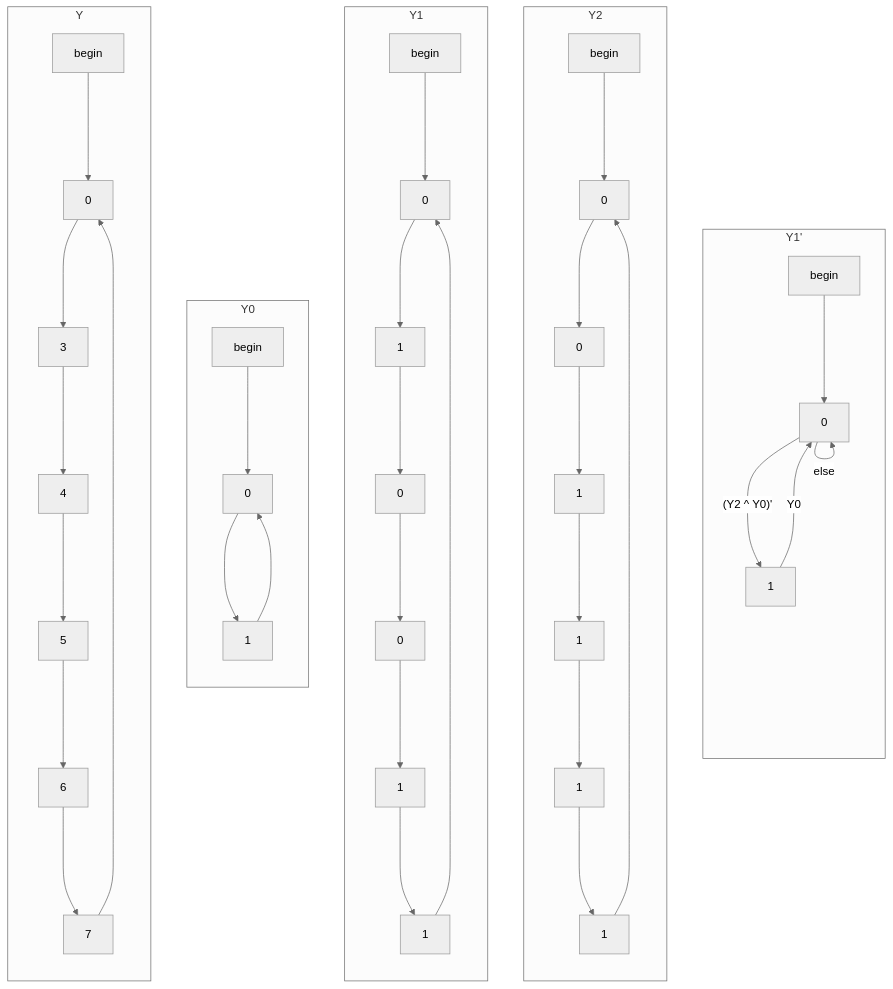
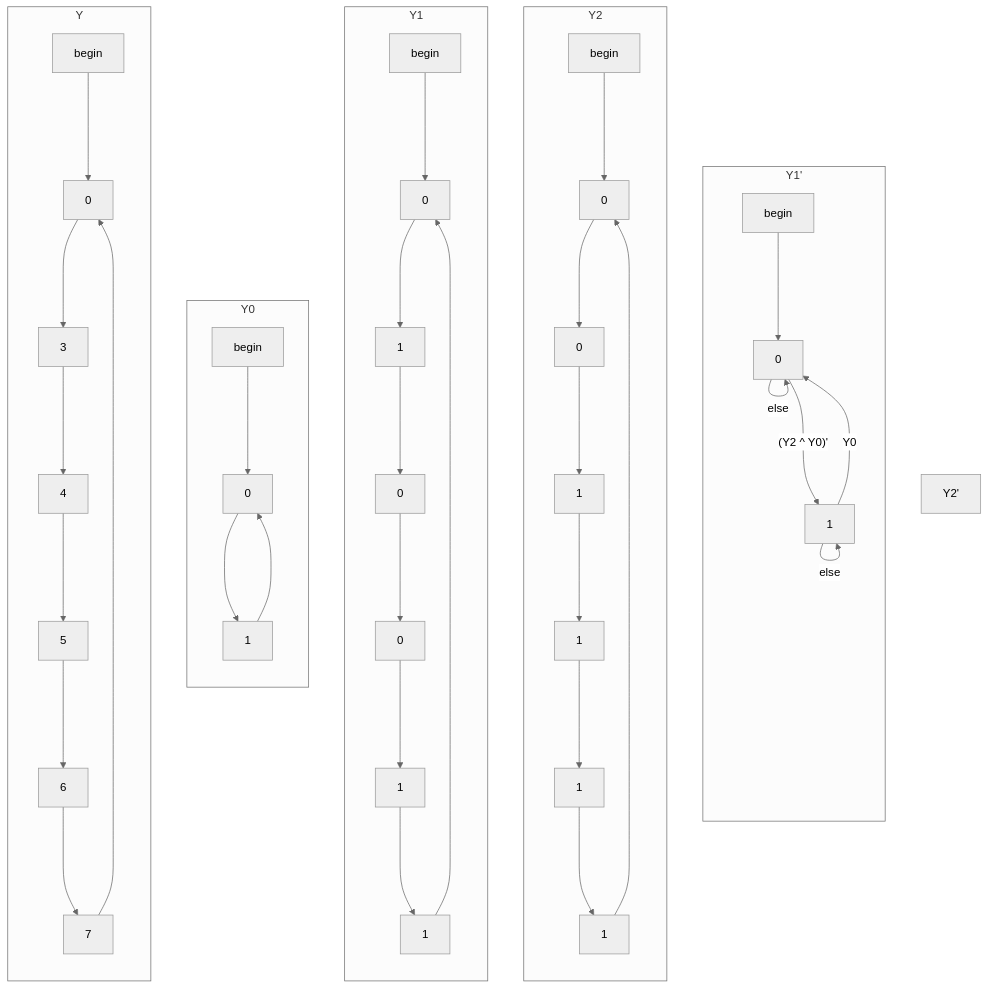
Before and after one commit to tnichols217/notes: the fourth of 5 diagrams in CSDS 281 - Logic Design/HW/8/Tables.md, drawn with Mermaid (neutral theme).

Commit message:
vault backup: 2024-04-03 23:54:54

````diff
--- a/CSDS 281 - Logic Design/HW/8/Tables.md
+++ b/CSDS 281 - Logic Design/HW/8/Tables.md
@@ -113,46 +113,47 @@
 ```mermaid
 flowchart LR
 subgraph Y
 	begin ---> 0
 	0 ---> 3
 	3 ---> 4
 	4 ---> 5
 	5 ---> 6
 	6 ---> 7
 	7 ---> 0
 end
 subgraph Y0
 	direction TB
 	begin0[begin] ---> 00[0]
 	00 ---> 01[1]
 	01 ---> 00
 end
 subgraph Y1
 	direction TB
 	begin1[begin] ---> 101[0]
 	101 ---> 111[1]
 	111 ---> 102[0]
 	102 ---> 103[0]
 	103 ---> 112[1]
 	112 ---> 113[1]
 	113 ---> 101
 end
 subgraph Y2
 	direction TB
 	begin2[begin] ---> 201[0]
 	201 ---> 202[0]
 	202 ---> 211[1]
 	211 ---> 212[1]
 	212 ---> 213[1]
 	213 ---> 214[1]
 	214 ---> 201
 end
 subgraph Y1'
 	direction TB
 	begin1'[begin] ---> 10[0]
 	10 --->|"(Y2 ^ Y0)'"| 11[1]
 	10 --->|else| 10
 	11 --->|Y0| 10
+	11 --->|else| 11
 end
-Y ~~~ Y0 ~~~ Y1 ~~~ Y2 ~~~ Y1'
+Y ~~~ Y0 ~~~ Y1 ~~~ Y2 ~~~ Y1' ~~~ Y2'
 ```
````
